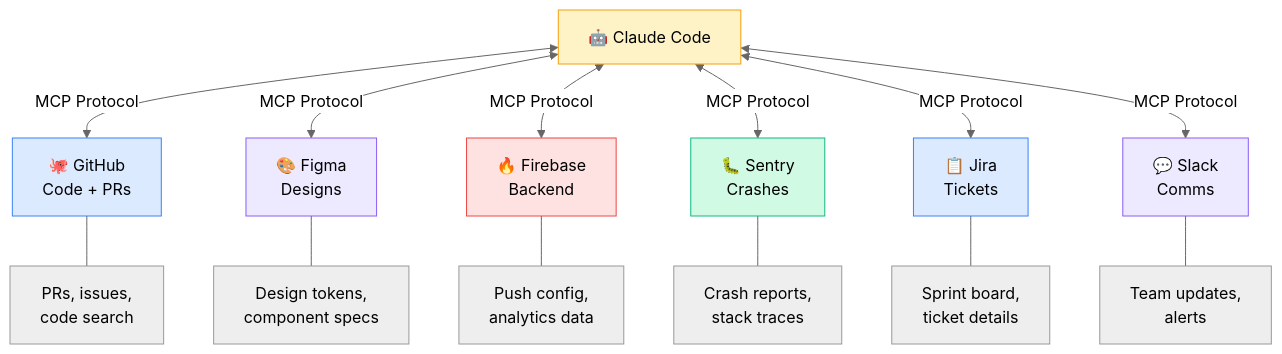
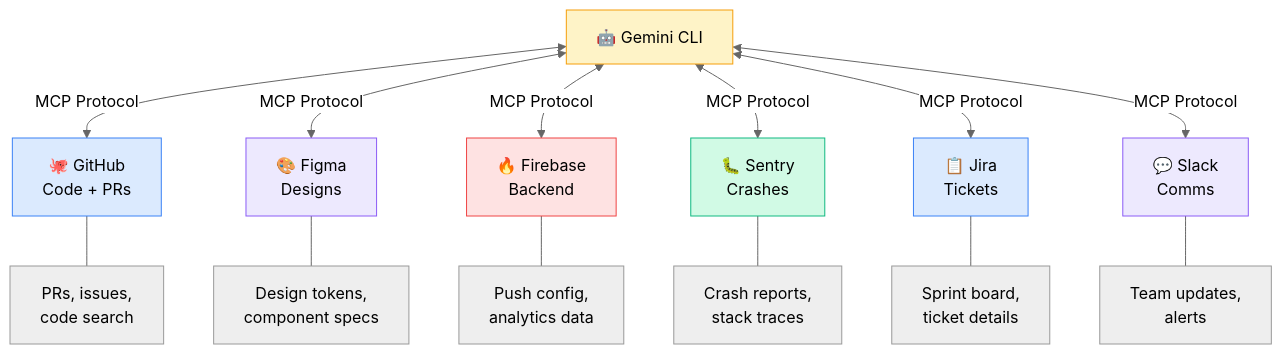
The third of 3 diagrams in Part 3 — Agentic Patterns/10-mcp-servers.md (mariusjcb/gh-agentic-code-guides), drawn with Mermaid (neutral theme) before and after one commit. The commit also changed other lines of this file and 1 other file, not shown here.

First line of the commit message:
Adapt MCP server guides for Gemini CLI

````diff
--- a/Part 3 — Agentic Patterns/10-mcp-servers.md
+++ b/Part 3 — Agentic Patterns/10-mcp-servers.md
@@ -209,26 +225,26 @@
 ```mermaid
 flowchart TB
-    Claude["🤖 Claude Code"]
+    Gemini["🤖 Gemini CLI"]
 
-    Claude <-->|"MCP Protocol"| GH["🐙 GitHub\nCode + PRs"]
-    Claude <-->|"MCP Protocol"| FG["🎨 Figma\nDesigns"]
-    Claude <-->|"MCP Protocol"| FB["🔥 Firebase\nBackend"]
-    Claude <-->|"MCP Protocol"| SN["🐛 Sentry\nCrashes"]
-    Claude <-->|"MCP Protocol"| JR["📋 Jira\nTickets"]
-    Claude <-->|"MCP Protocol"| SL["💬 Slack\nComms"]
+    Gemini <-->|"MCP Protocol"| GH["🐙 GitHub\nCode + PRs"]
+    Gemini <-->|"MCP Protocol"| FG["🎨 Figma\nDesigns"]
+    Gemini <-->|"MCP Protocol"| FB["🔥 Firebase\nBackend"]
+    Gemini <-->|"MCP Protocol"| SN["🐛 Sentry\nCrashes"]
+    Gemini <-->|"MCP Protocol"| JR["📋 Jira\nTickets"]
+    Gemini <-->|"MCP Protocol"| SL["💬 Slack\nComms"]
 
     GH --- R1["PRs, issues,\ncode search"]
     FG --- R2["Design tokens,\ncomponent specs"]
     FB --- R3["Push config,\nanalytics data"]
     SN --- R4["Crash reports,\nstack traces"]
     JR --- R5["Sprint board,\nticket details"]
     SL --- R6["Team updates,\nalerts"]
 
-    style Claude fill:#fef3c7,stroke:#f59e0b
+    style Gemini fill:#fef3c7,stroke:#f59e0b
     style GH fill:#dbeafe,stroke:#3b82f6
     style FG fill:#ede9fe,stroke:#8b5cf6
     style FB fill:#fee2e2,stroke:#ef4444
     style SN fill:#d1fae5,stroke:#10b981
     style JR fill:#dbeafe,stroke:#3b82f6
     style SL fill:#ede9fe,stroke:#8b5cf6
 ```
````
